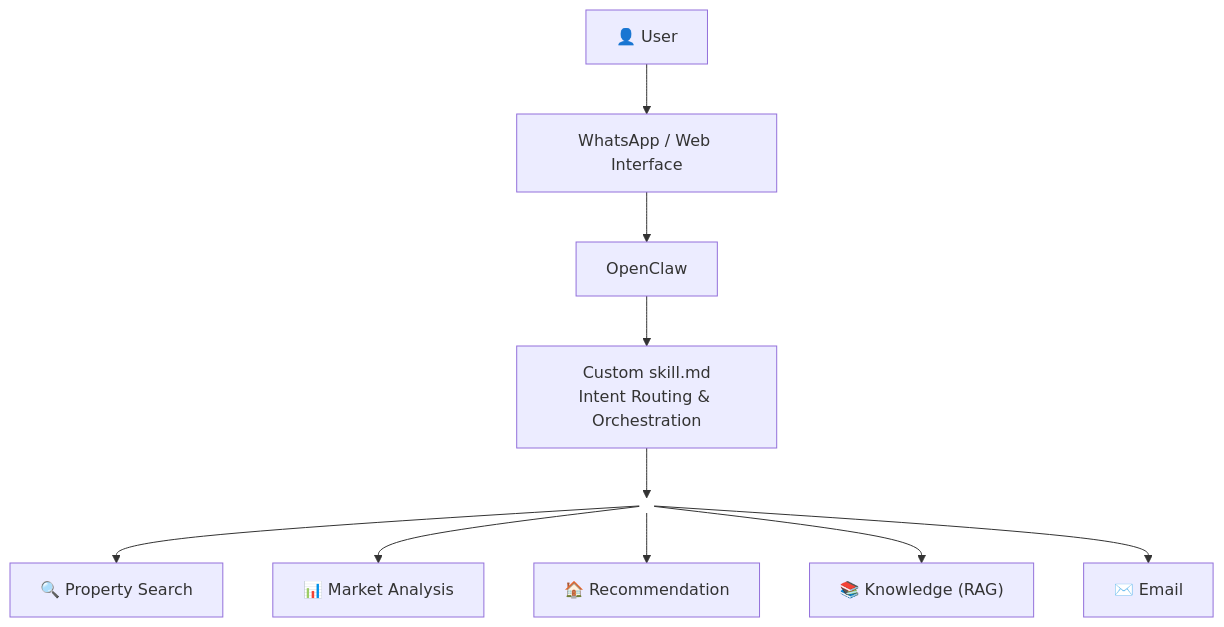
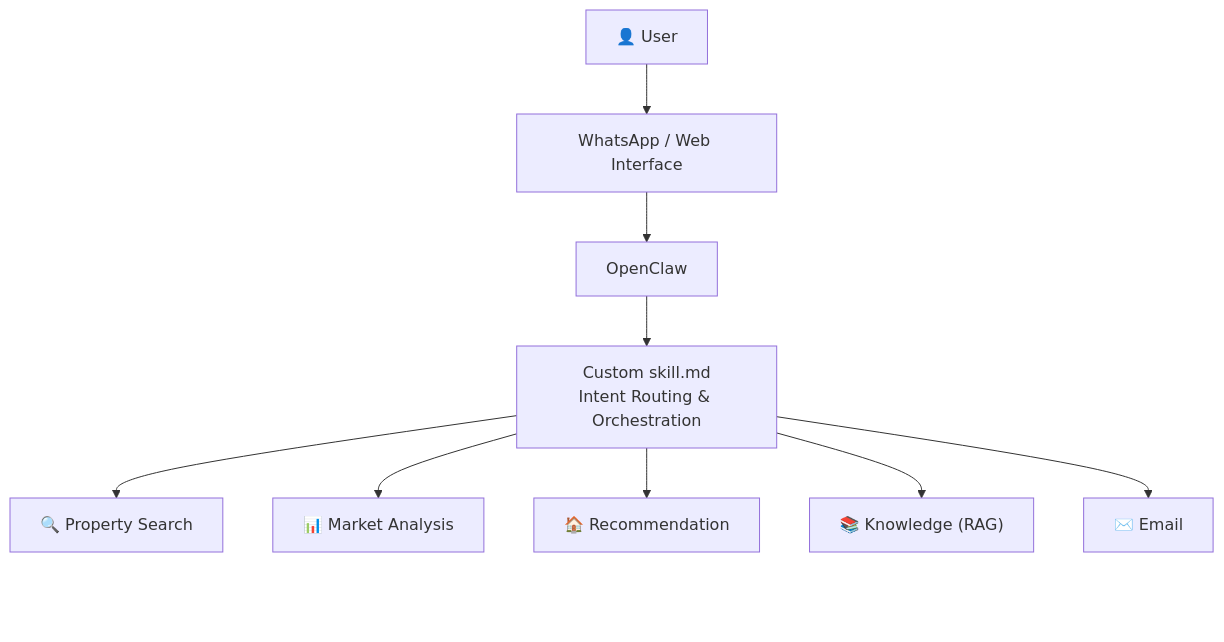
Before and after one commit to dongxiaox0728/Real-Estate-Multi-agent-AI-Assistant: the diagram in README.md, drawn with Mermaid.

Commit message:
Update workflow diagram in Readme

````diff
--- a/README.md
+++ b/README.md
@@ -23,29 +23,28 @@
 ```mermaid
 flowchart TB
     USER["👤 User"]
     UI["WhatsApp / Web Interface"]
     OPENCLAW["OpenClaw"]
     SKILL["Custom skill.md<br/>Intent Routing & Orchestration"]
 
-    ROUTER((" "))
-
     SEARCH["🔍 Property Search"]
     MARKET["📊 Market Analysis"]
     REC["🏠 Recommendation"]
     RAG["📚 Knowledge (RAG)"]
     EMAIL["✉️ Email"]
+    SPACER[" "]
 
     USER --> UI
     UI --> OPENCLAW
     OPENCLAW --> SKILL
 
-    SKILL --> ROUTER
+    SKILL --> SEARCH
+    SKILL --> MARKET
+    SKILL --> REC
+    SKILL --> RAG
+    SKILL --> EMAIL
 
-    ROUTER --> SEARCH
-    ROUTER --> MARKET
-    ROUTER --> REC
-    ROUTER --> RAG
-    ROUTER --> EMAIL
+    EMAIL ~~~ SPACER
 
-    style ROUTER fill:transparent,stroke:transparent
+    style SPACER fill:transparent,stroke:transparent
 ```
````
